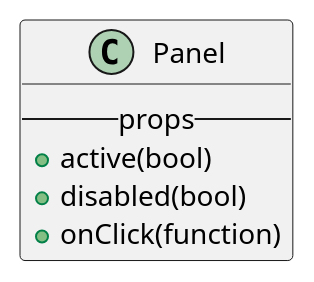
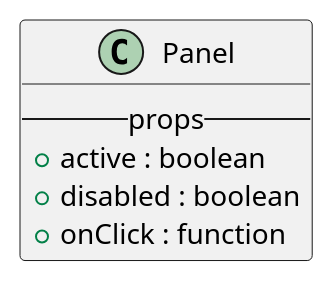
The diagram in react/bootstrap/panel.iuml (M9k/Marvin-Uml), drawn with PlantUML before and after one commit. The commit also changed 10 other files, not shown here.

Commit message:
fix uml standard parte bootstrap

```diff
--- a/react/bootstrap/panel.iuml
+++ b/react/bootstrap/panel.iuml
@@ -1,7 +1,7 @@
 class Panel{
   --props--
-      + active(bool)
-      + disabled(bool)
-      + onClick(function)
+      + active : boolean
+      + disabled : boolean
+      + onClick : function
 }
 /'Questa è una prova 3'/
```
